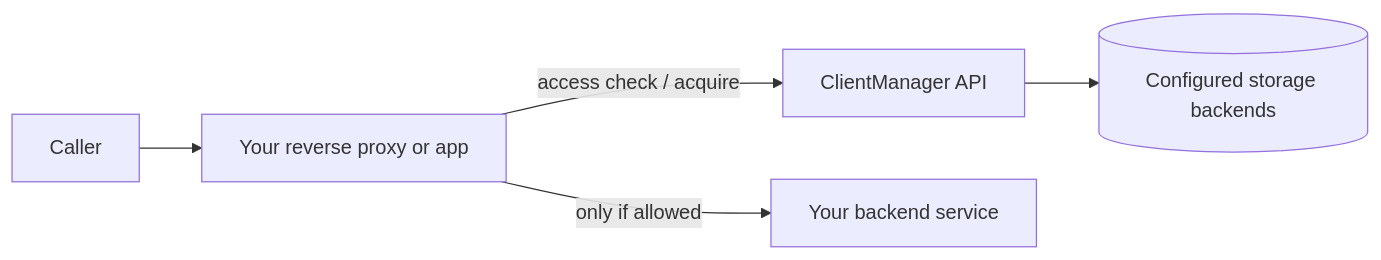
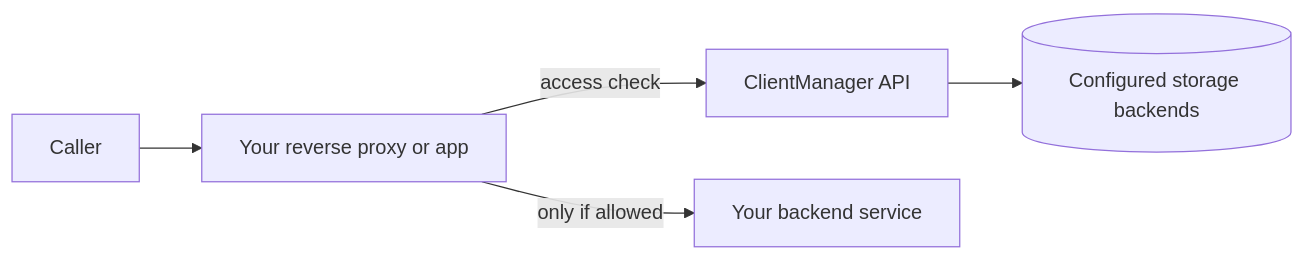
Before and after one commit to ShaharMS/ClientManager: the diagram in docs/index.md, drawn with Mermaid. The commit also changed other lines of this file and 74 other files, not shown here.

First line of the commit message:
Add regression tests and update ops docs for lean architecture.

````diff
--- a/docs/index.md
+++ b/docs/index.md
@@ -42,7 +42,7 @@
 ```mermaid
 flowchart LR
     user[Caller] --> proxy[Your reverse proxy or app]
-    proxy -->|access check / acquire| cm[ClientManager API]
+    proxy -->|access check| cm[ClientManager API]
     proxy -->|only if allowed| svc[Your backend service]
     cm --> store[(Configured storage backends)]
 ```
````
